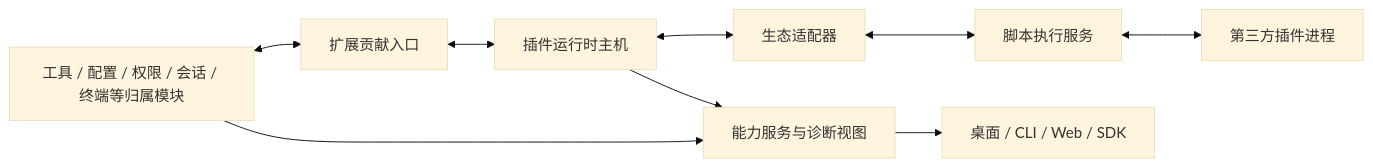
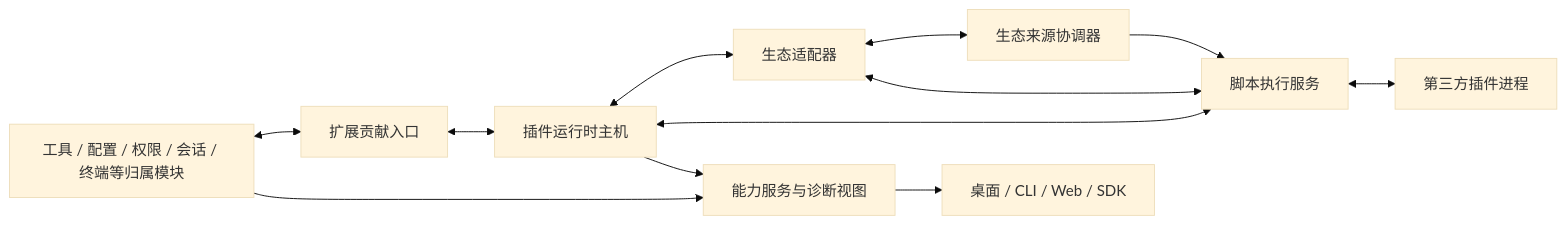
Before and after one commit to 1688mengdie/BitFun: the first of 2 diagrams in docs/architecture/extensions/plugin-runtime-host-design.md, drawn with Mermaid (base theme). The commit also changed other lines of this file and 15 other files, not shown here.

Commit message:
docs(architecture): resolve OpenCode compatibility review gaps

````diff
--- a/docs/architecture/extensions/plugin-runtime-host-design.md
+++ b/docs/architecture/extensions/plugin-runtime-host-design.md
@@ -33,20 +33,24 @@
 ```mermaid
 flowchart LR
   Owners["工具 / 配置 / 权限 / 会话 / 终端等归属模块"]
   Gateway["扩展贡献入口"]
   Host["插件运行时主机"]
   Adapter["生态适配器"]
+  Coordinator["生态来源协调器"]
   Service["脚本执行服务"]
   Worker["第三方插件进程"]
   View["能力服务与诊断视图"]
   Surface["桌面 / CLI / Web / SDK"]
 
   Owners <--> Gateway
   Gateway <--> Host
   Host <--> Adapter
+  Adapter <--> Coordinator
   Adapter <--> Service
+  Coordinator --> Service
+  Host <--> Service
   Service <--> Worker
   Owners --> View
   Host --> View
   View --> Surface
 ```
````
